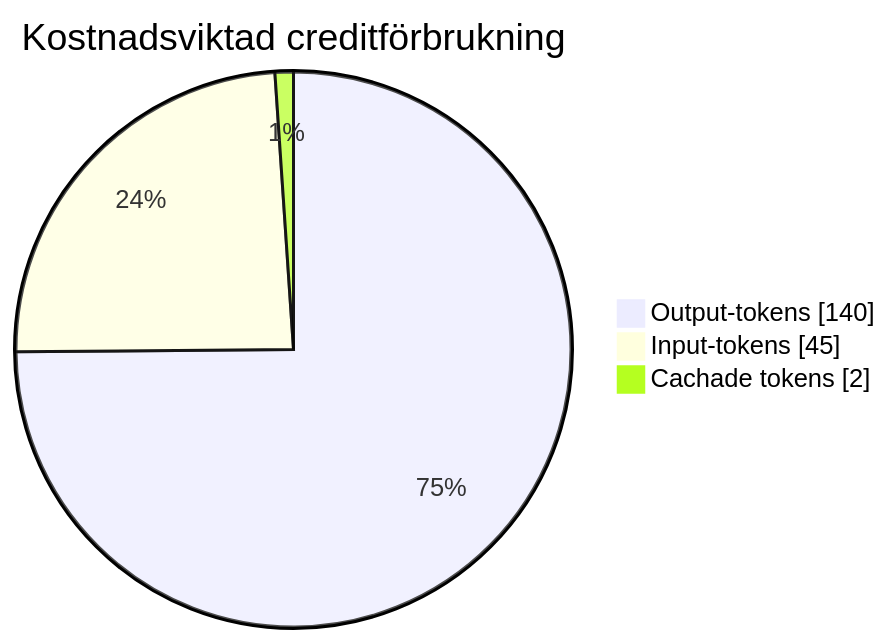
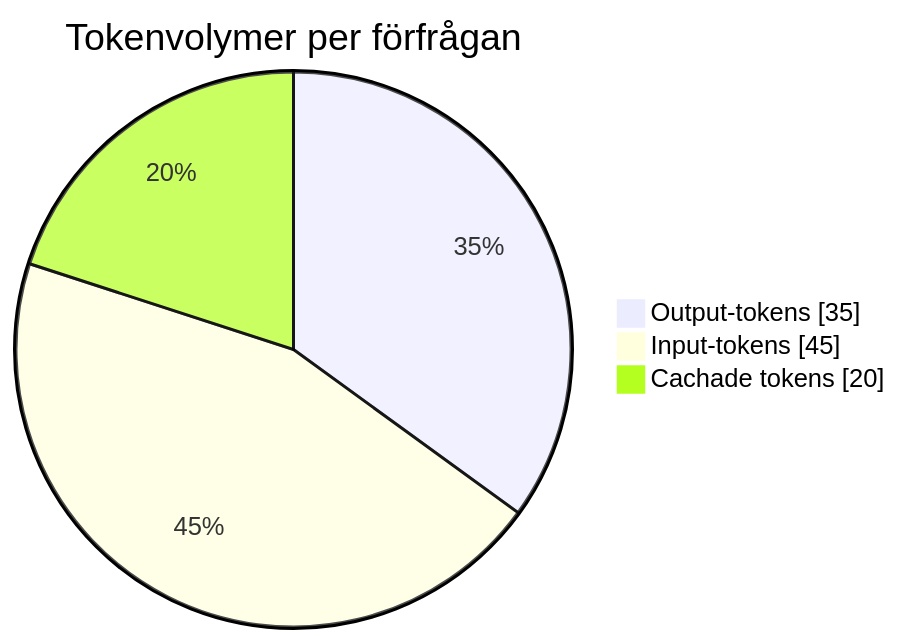
The second of 3 diagrams in token-economy-course/src/content/docs/sv/01-hidden-tax.mdx (dandahprecio/vibe-on-budget), drawn with Mermaid before and after one commit. The commit also changed other lines of this file and 17 other files, not shown here.

````diff
--- a/token-economy-course/src/content/docs/sv/01-hidden-tax.mdx
+++ b/token-economy-course/src/content/docs/sv/01-hidden-tax.mdx
@@ -42,7 +42,7 @@
 ```mermaid
 pie showData
-    title Kostnadsviktad creditförbrukning
-    "Output-tokens" : 140
+    title Tokenvolymer per förfrågan
+    "Output-tokens" : 35
     "Input-tokens" : 45
-    "Cachade tokens" : 2
+    "Cachade tokens" : 20
 ```
````
